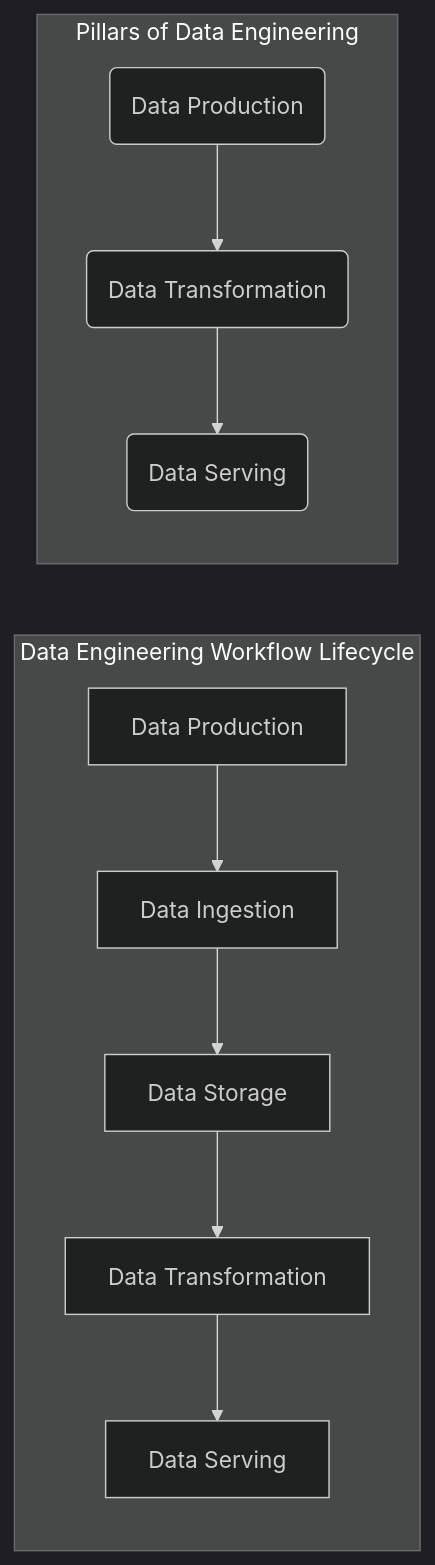
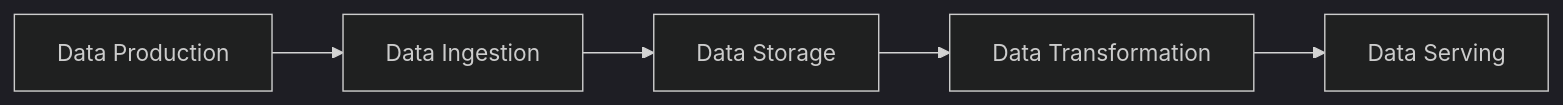
Before and after one commit to cpvardhan/data-engineering-wiki: the second of 3 diagrams in docs/courses/fundamentals/overview.md, drawn with Mermaid (dark theme). The commit also changed other lines of this file and 7 other files, not shown here.

````diff
--- a/docs/courses/fundamentals/overview.md
+++ b/docs/courses/fundamentals/overview.md
@@ -41,14 +75,7 @@
-<div class="mermaid">
-    graph LR
-        subgraph DE_Workflow["Data Engineering Workflow Lifecycle"]
-            A[Data Production] --> B[Data Ingestion]
-            B --> C[Data Storage]
-            C --> D[Data Transformation]
-            D --> E[Data Serving]
-        end
-
-        subgraph Pillars["Pillars of Data Engineering"]
-            P1(Data Production) --> P2(Data Transformation)
-            P2 --> P3(Data Serving)
-        end
-</div>
+```mermaid
+graph LR
+    DP[Data Production] --> DI[Data Ingestion]
+    DI --> DS[Data Storage]
+    DS --> DT[Data Transformation]
+    DT --> DSv[Data Serving]
+```
````
